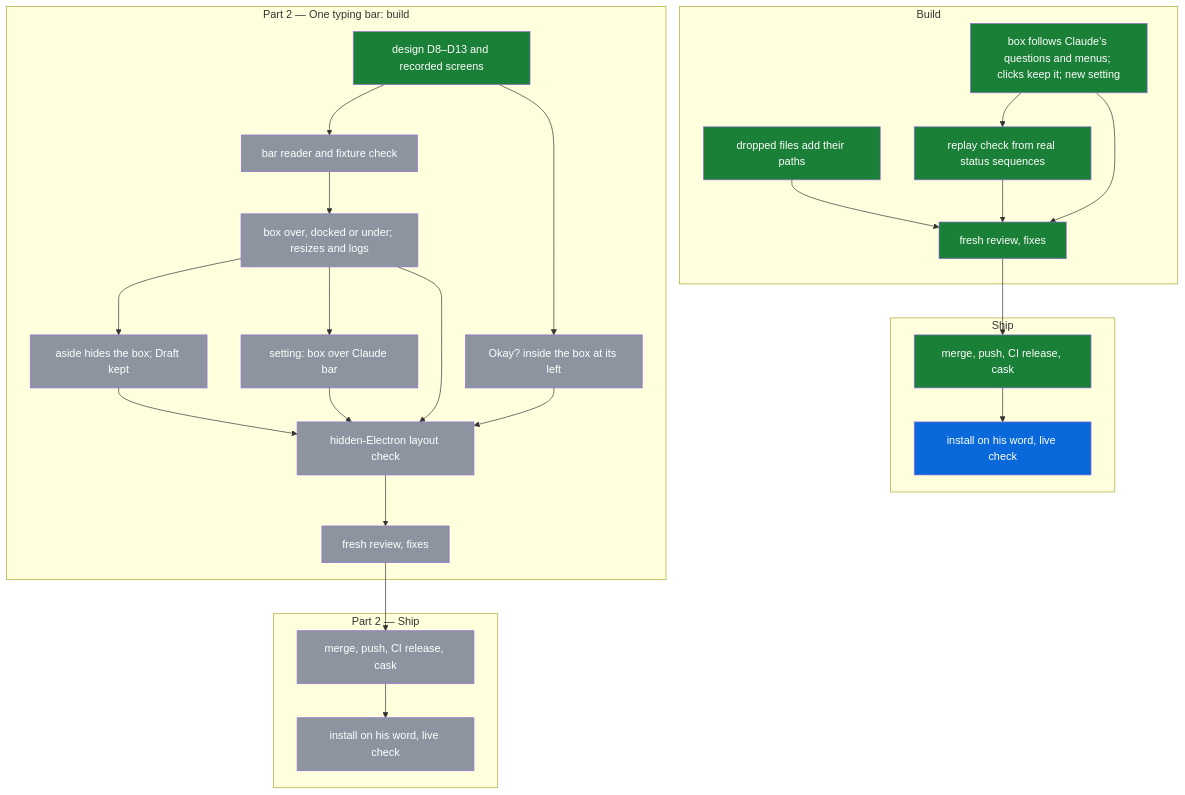
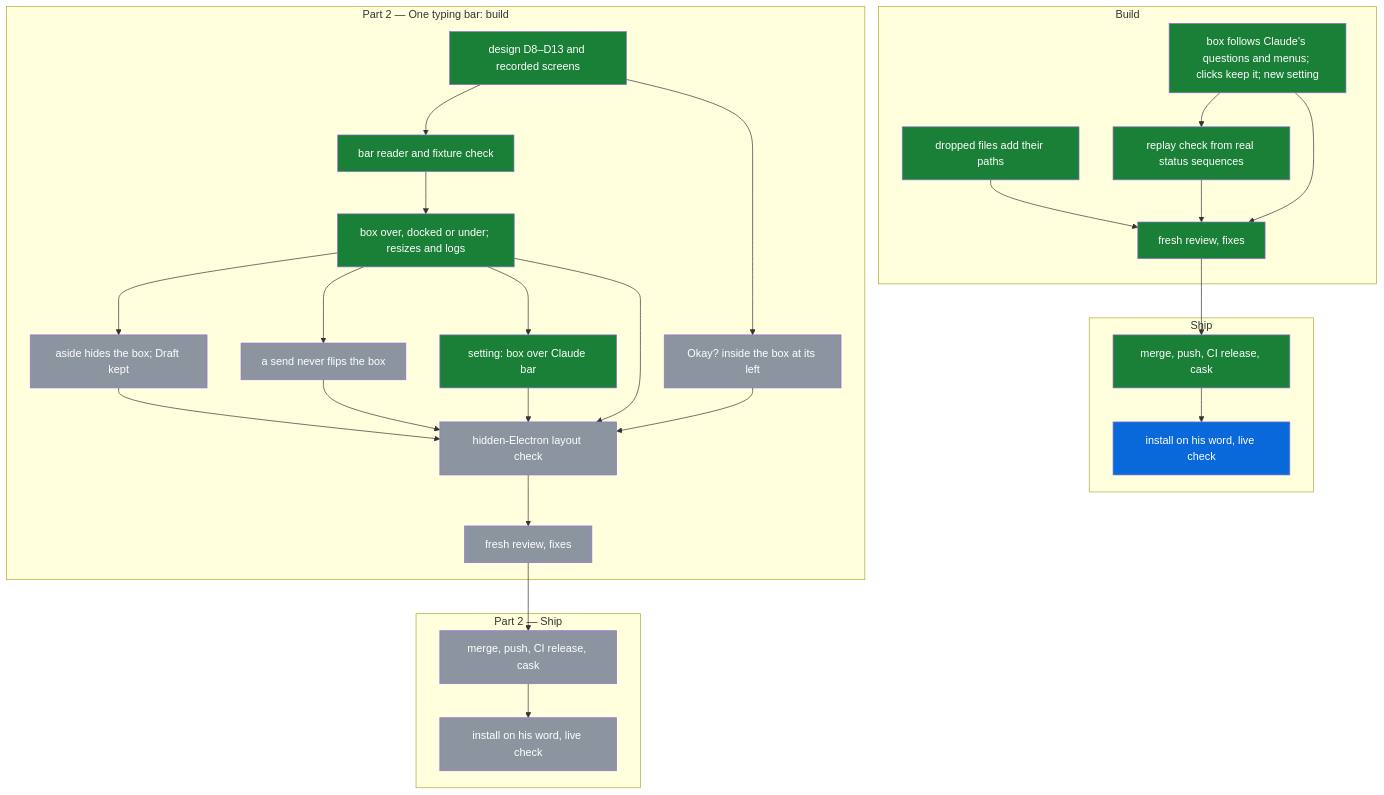
The diagram in docs/compose-box.md (michaeljryoung/patton), drawn with Mermaid before and after one commit. The commit also changed other lines of this file, not shown here.

Commit message:
Compose box D9: holds-text waits 400 ms, readings after the pane's own sends don't count; map statuses (S58)

````diff
--- a/docs/compose-box.md
+++ b/docs/compose-box.md
@@ -11,51 +11,54 @@
 ```mermaid
 flowchart TD
   subgraph B["Build"]
     box_core[box follows Claude's questions and menus; clicks keep it; new setting]:::done
     box_drop[dropped files add their paths]:::done
     box_replay[replay check from real status sequences]:::done
     box_review[fresh review, fixes]:::done
   end
   subgraph S["Ship"]
     box_release[merge, push, CI release, cask]:::done
     box_ship[install on his word, live check]:::live
   end
   subgraph O["Part 2 — One typing bar: build"]
     bar_design[design D8–D13 and recorded screens]:::done
-    bar_reader[bar reader and fixture check]:::todo
-    bar_placement[box over, docked or under; resizes and logs]:::todo
+    bar_reader[bar reader and fixture check]:::done
+    bar_placement[box over, docked or under; resizes and logs]:::done
+    send_no_flip[a send never flips the box]:::todo
     bar_aside[aside hides the box; Draft kept]:::todo
     okay_in_box[Okay? inside the box at its left]:::todo
-    over_setting[setting: box over Claude bar]:::todo
+    over_setting[setting: box over Claude bar]:::done
     bar_layout_check[hidden-Electron layout check]:::todo
     bar_review[fresh review, fixes]:::todo
   end
   subgraph OS["Part 2 — Ship"]
     bar_release[merge, push, CI release, cask]:::todo
     bar_ship[install on his word, live check]:::todo
   end
   box_core --> box_replay
   box_core --> box_review
   box_drop --> box_review
   box_replay --> box_review
   box_review --> box_release
   box_release --> box_ship
   bar_design --> bar_reader
   bar_reader --> bar_placement
   bar_placement --> bar_aside
+  bar_placement --> send_no_flip
+  send_no_flip --> bar_layout_check
   bar_design --> okay_in_box
   bar_placement --> over_setting
   bar_placement --> bar_layout_check
   bar_aside --> bar_layout_check
   okay_in_box --> bar_layout_check
   over_setting --> bar_layout_check
   bar_layout_check --> bar_review
   bar_review --> bar_release
   bar_release --> bar_ship
   classDef done fill:#1a7f37,color:#fff
   classDef live fill:#0969da,color:#fff
   classDef todo fill:#8c959f,color:#fff
   classDef blocked fill:#cf222e,color:#fff
   classDef dropped fill:#eaeef2,color:#57606a
   classDef superseded fill:#eaeef2,color:#57606a
 ```
````
